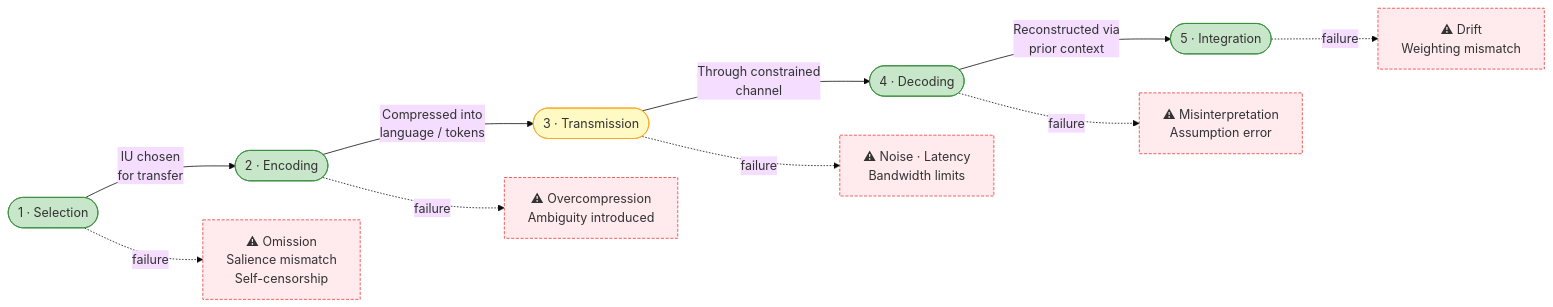
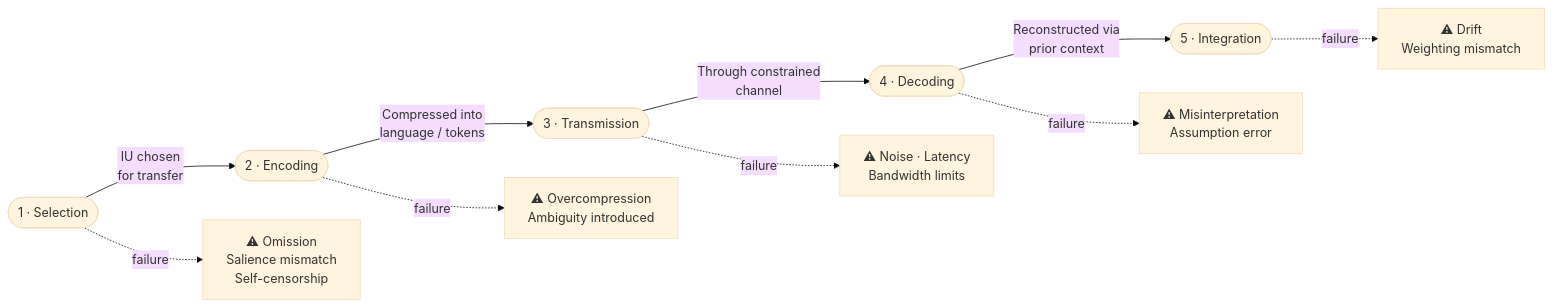
Before and after one commit to rainmana/mcw-framework: the second of 5 diagrams in docs/diagrams.md, drawn with Mermaid (base theme). The commit also changed other lines of this file and 1 other file, not shown here.

First line of the commit message:
Fix Mermaid dark mode readability and add horizontal scroll

````diff
--- a/docs/diagrams.md
+++ b/docs/diagrams.md
@@ -55,36 +51,25 @@
 ```mermaid
 flowchart LR
     S1(["1 · Selection"])
     S2(["2 · Encoding"])
     S3(["3 · Transmission"])
     S4(["4 · Decoding"])
     S5(["5 · Integration"])
 
     S1 -->|"IU chosen\nfor transfer"| S2
     S2 -->|"Compressed into\nlanguage / tokens"| S3
     S3 -->|"Through constrained\nchannel"| S4
     S4 -->|"Reconstructed via\nprior context"| S5
 
     F1["⚠ Omission\nSalience mismatch\nSelf-censorship"]
     F2["⚠ Overcompression\nAmbiguity introduced"]
     F3["⚠ Noise · Latency\nBandwidth limits"]
     F4["⚠ Misinterpretation\nAssumption error"]
     F5["⚠ Drift\nWeighting mismatch"]
 
     S1 -. failure .-> F1
     S2 -. failure .-> F2
     S3 -. failure .-> F3
     S4 -. failure .-> F4
     S5 -. failure .-> F5
-
-    style S1 fill:#c8e6c9,stroke:#388e3c
-    style S2 fill:#c8e6c9,stroke:#388e3c
-    style S3 fill:#fff9c4,stroke:#f9a825
-    style S4 fill:#c8e6c9,stroke:#388e3c
-    style S5 fill:#c8e6c9,stroke:#388e3c
-    style F1 fill:#ffebee,stroke:#e53935,stroke-dasharray: 4 2
-    style F2 fill:#ffebee,stroke:#e53935,stroke-dasharray: 4 2
-    style F3 fill:#ffebee,stroke:#e53935,stroke-dasharray: 4 2
-    style F4 fill:#ffebee,stroke:#e53935,stroke-dasharray: 4 2
-    style F5 fill:#ffebee,stroke:#e53935,stroke-dasharray: 4 2
 ```
````
